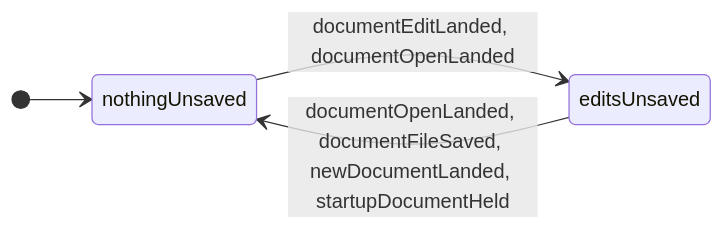
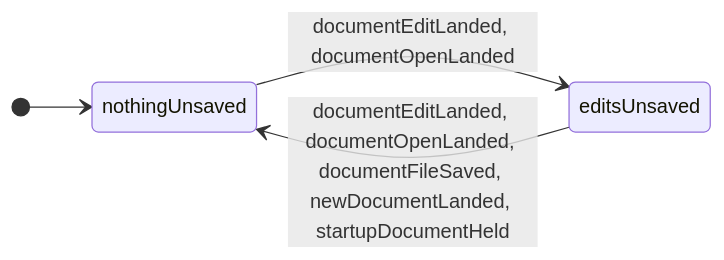
Before and after one commit to GoodRelax/gr-scheduler: diagram 21 of 27 in docs/spec/_assets/tbl-state-machines.md, drawn with Mermaid. The commit also changed other lines of this file and 15 other files, not shown here.

````diff
--- a/docs/spec/_assets/tbl-state-machines.md
+++ b/docs/spec/_assets/tbl-state-machines.md
@@ -881,9 +881,9 @@
 ```mermaid
 stateDiagram-v2
     direction LR
     [*] --> unsavedEditsStateMachine_nothingUnsaved
     unsavedEditsStateMachine_nothingUnsaved : nothingUnsaved
     unsavedEditsStateMachine_editsUnsaved : editsUnsaved
     unsavedEditsStateMachine_nothingUnsaved --> unsavedEditsStateMachine_editsUnsaved : documentEditLanded, documentOpenLanded
-    unsavedEditsStateMachine_editsUnsaved --> unsavedEditsStateMachine_nothingUnsaved : documentOpenLanded, documentFileSaved, newDocumentLanded, startupDocumentHeld
+    unsavedEditsStateMachine_editsUnsaved --> unsavedEditsStateMachine_nothingUnsaved : documentEditLanded, documentOpenLanded, documentFileSaved, newDocumentLanded, startupDocumentHeld
 ```
````
